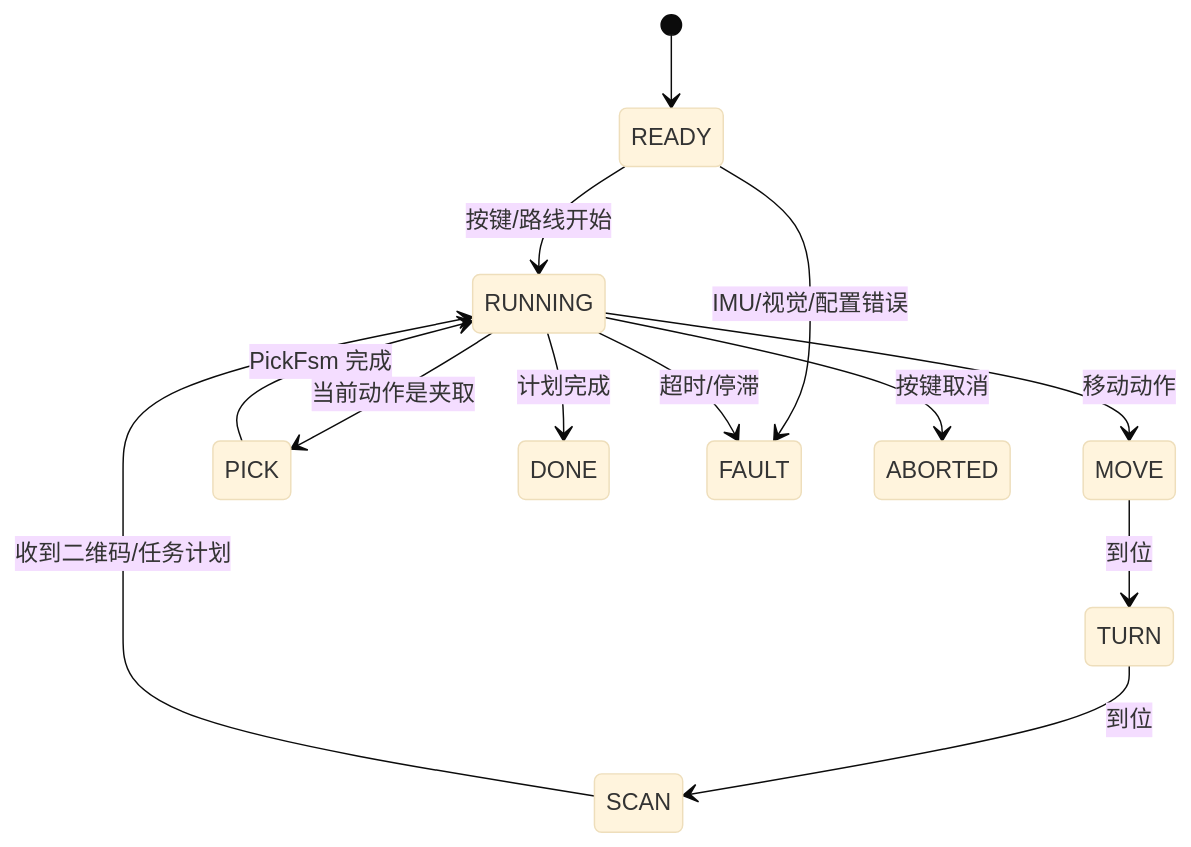
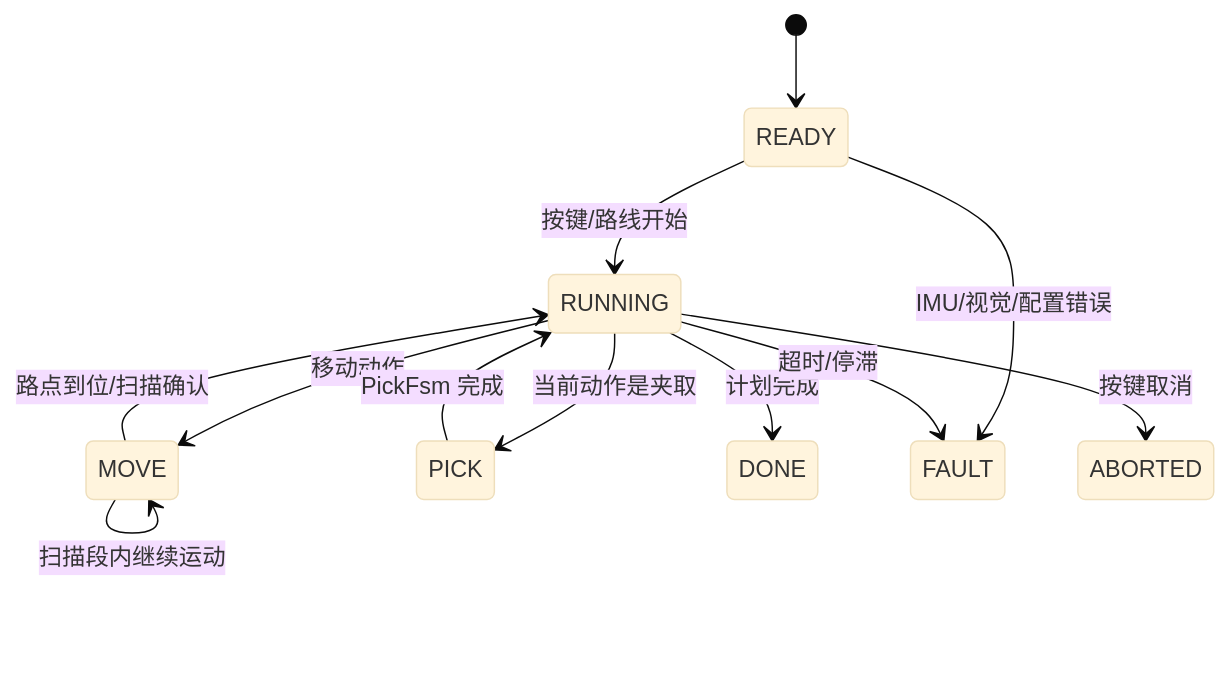
Before and after one commit to Wangdachang888/GongChuangSai: the diagram in docs/ARCHITECTURE.md, drawn with Mermaid (base theme). The commit also changed other lines of this file and 12 other files, not shown here.

````diff
--- a/docs/ARCHITECTURE.md
+++ b/docs/ARCHITECTURE.md
@@ -61,15 +61,14 @@
 ```mermaid
 stateDiagram-v2
     [*] --> READY
     READY --> RUNNING: 按键/路线开始
     RUNNING --> MOVE: 移动动作
-    MOVE --> TURN: 到位
-    TURN --> SCAN: 到位
-    SCAN --> RUNNING: 收到二维码/任务计划
+    MOVE --> MOVE: 扫描段内继续运动
+    MOVE --> RUNNING: 路点到位/扫描确认
     RUNNING --> PICK: 当前动作是夹取
     PICK --> RUNNING: PickFsm 完成
     RUNNING --> DONE: 计划完成
     READY --> FAULT: IMU/视觉/配置错误
     RUNNING --> ABORTED: 按键取消
     RUNNING --> FAULT: 超时/停滞
 ```
````
